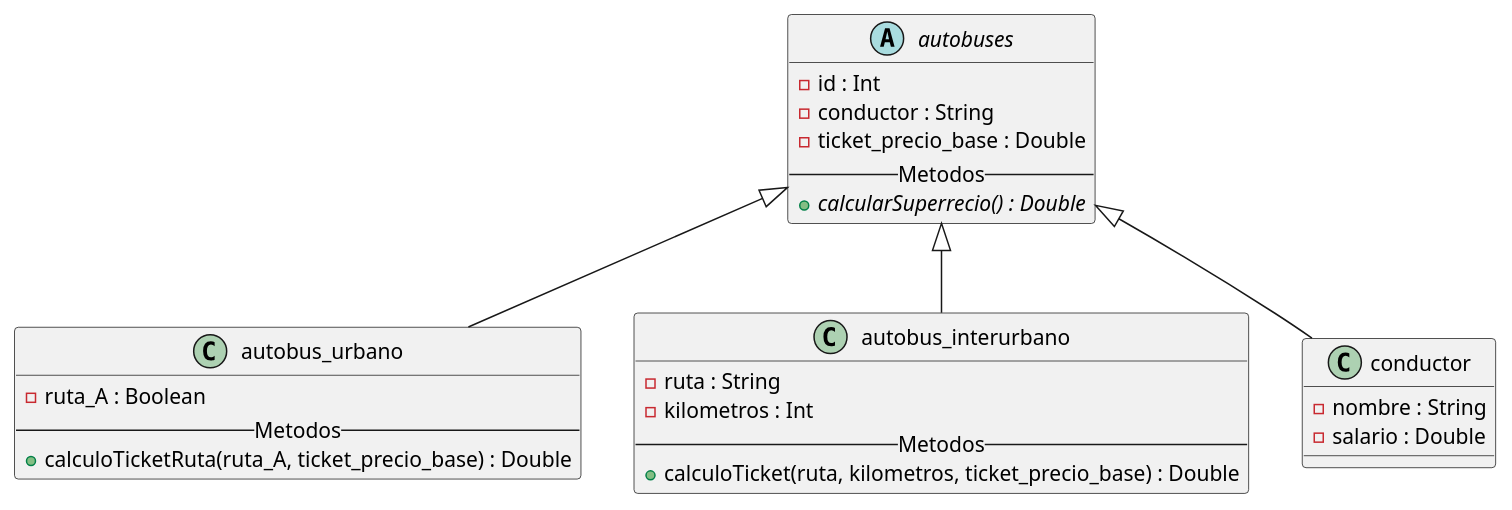
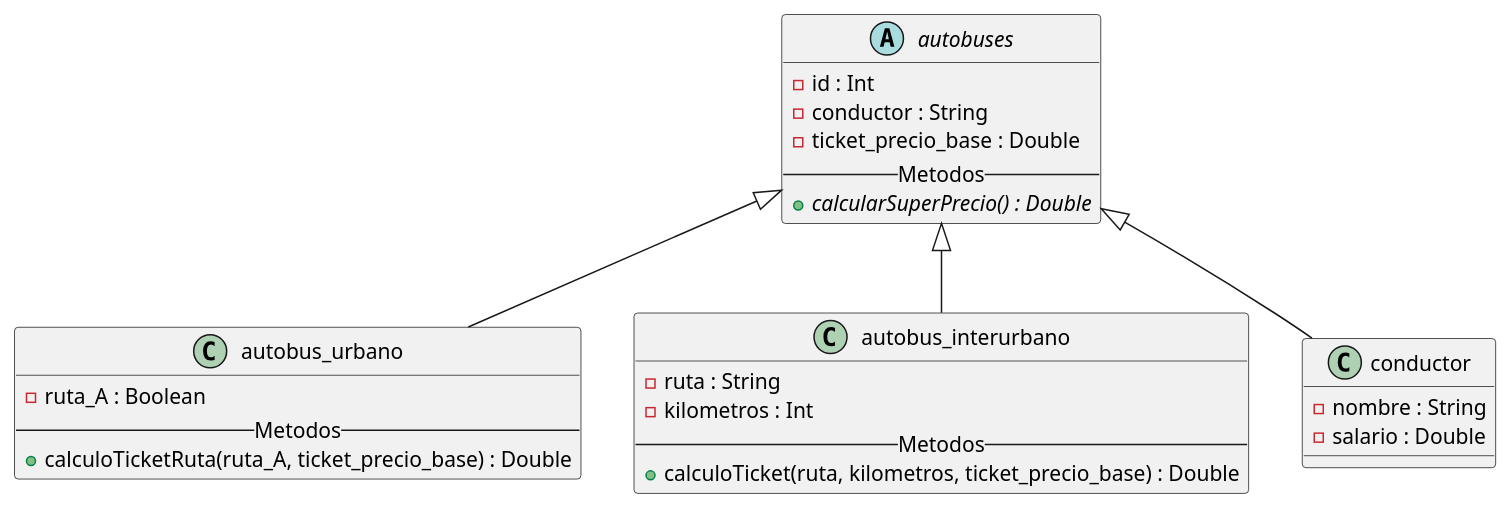
The diagram in .idea/Actividad.puml (AngelinhoSardinha/Programacion), drawn with PlantUML before and after one commit.

```diff
--- a/.idea/Actividad.puml
+++ b/.idea/Actividad.puml
@@ -1,33 +1,33 @@
 @startuml
 
 abstract class autobuses {
     - id : Int
     - conductor : String
     - ticket_precio_base : Double
     --Metodos--
-    + {abstract} calcularSuperrecio() : Double
+    + {abstract} calcularSuperPrecio() : Double
 }
 
 class autobus_urbano {
     - ruta_A : Boolean
     --Metodos--
     + calculoTicketRuta(ruta_A, ticket_precio_base) : Double
 }
 
 class autobus_interurbano {
     - ruta : String
     - kilometros : Int
     --Metodos--
     + calculoTicket(ruta, kilometros, ticket_precio_base) : Double
 }
 
 class conductor {
     - nombre : String
     - salario : Double
 }
 
 autobuses <|-- autobus_interurbano
 autobuses <|-- autobus_urbano
 autobuses <|-- conductor
 
 @enduml
```
